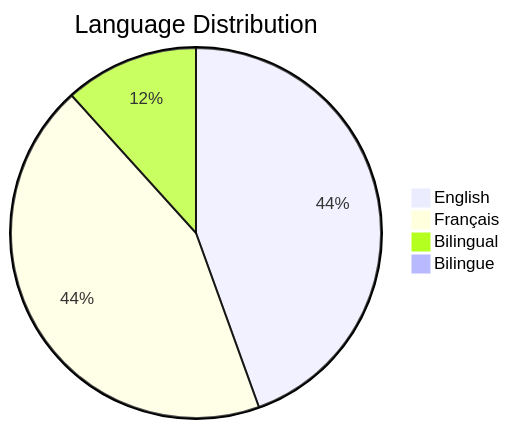
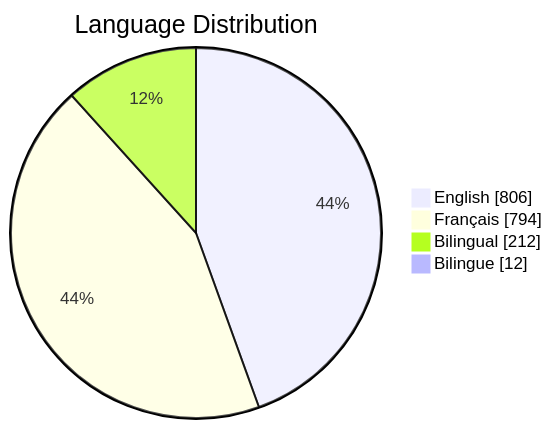
Before and after one commit to PatLittle/GC-Socials: the second of 2 diagrams in README.md, drawn with Mermaid. The commit also changed other lines of this file, not shown here.

Commit message:
Update README with Platform Distribution pie chart

````diff
--- a/README.md
+++ b/README.md
@@ -28,7 +28,7 @@
 ```mermaid
-pie title Language Distribution
+pie showData title Language Distribution
     "English": 806
     "Français": 794
     "Bilingual": 212
     "Bilingue": 12
 ```
````
